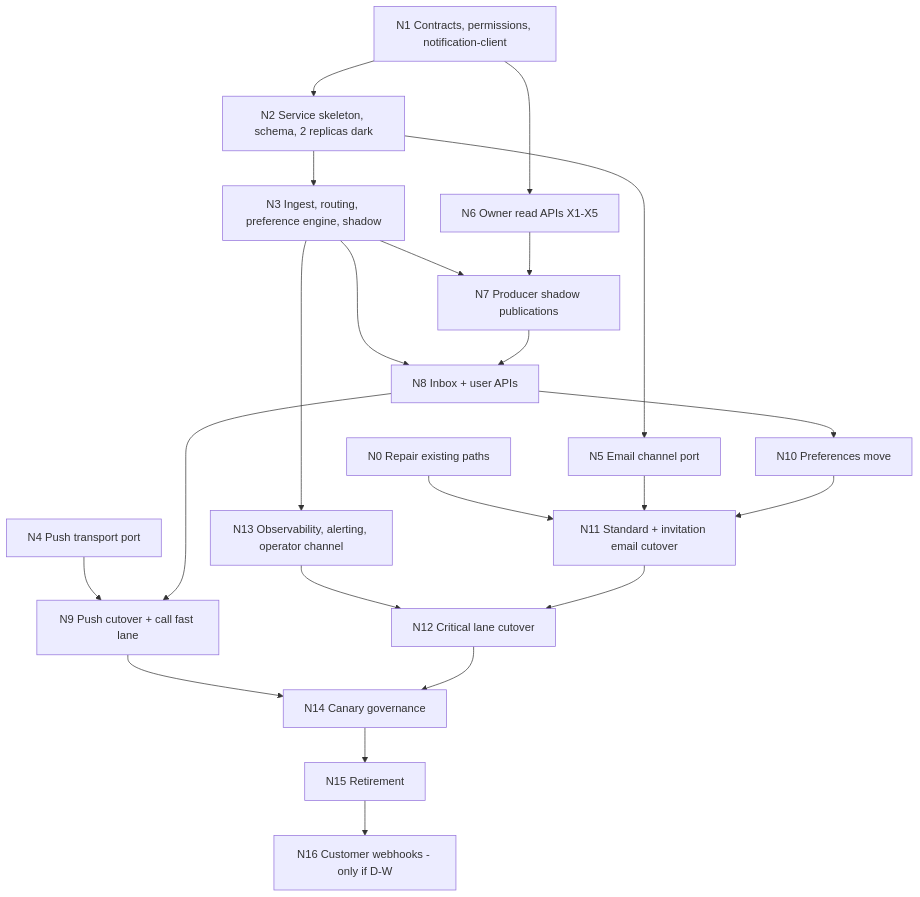
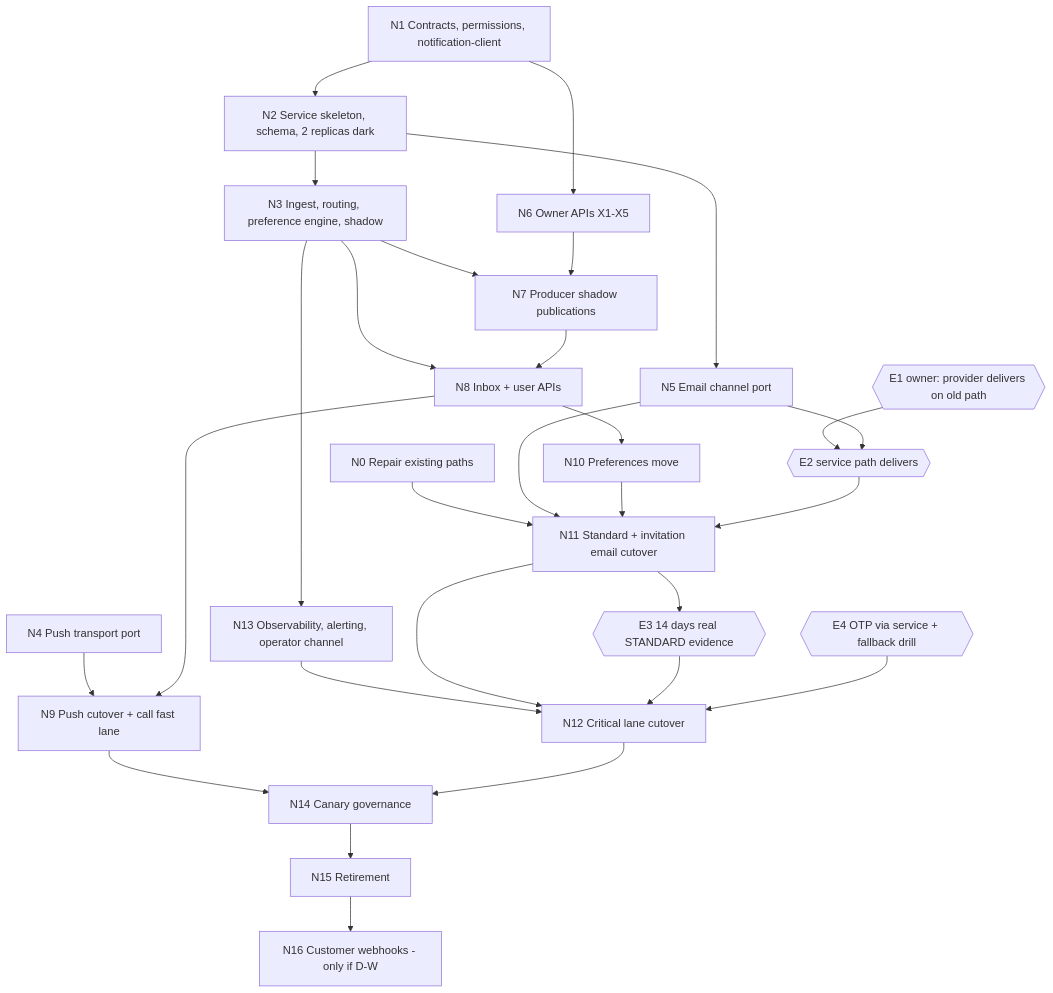
Before and after one commit to CosmicforgeHealthnet/cfmeet: the diagram in docs/audits/notification-service/06-implementation-roadmap.md, drawn with Mermaid. The commit also changed other lines of this file and 8 other files, not shown here.

````diff
--- a/docs/audits/notification-service/06-implementation-roadmap.md
+++ b/docs/audits/notification-service/06-implementation-roadmap.md
@@ -7,41 +12,51 @@
 ```mermaid
 flowchart TD
   N0[N0 Repair existing paths]
   N1[N1 Contracts, permissions, notification-client]
   N2[N2 Service skeleton, schema, 2 replicas dark]
   N3[N3 Ingest, routing, preference engine, shadow]
   N4[N4 Push transport port]
   N5[N5 Email channel port]
-  N6[N6 Owner read APIs X1-X5]
+  N6[N6 Owner APIs X1-X5]
   N7[N7 Producer shadow publications]
   N8[N8 Inbox + user APIs]
   N9[N9 Push cutover + call fast lane]
   N10[N10 Preferences move]
   N11[N11 Standard + invitation email cutover]
   N12[N12 Critical lane cutover]
   N13[N13 Observability, alerting, operator channel]
   N14[N14 Canary governance]
   N15[N15 Retirement]
   N16[N16 Customer webhooks - only if D-W]
+  E1{{E1 owner: provider delivers on old path}}
+  E2{{E2 service path delivers}}
+  E3{{E3 14 days real STANDARD evidence}}
+  E4{{E4 OTP via service + fallback drill}}
 
   N1 --> N2 --> N3
   N1 --> N6
   N3 --> N7
   N6 --> N7
   N3 --> N8
   N7 --> N8
   N4 --> N9
   N8 --> N9
   N8 --> N10
   N0 --> N11
   N5 --> N11
   N10 --> N11
   N13 --> N12
   N11 --> N12
   N3 --> N13
   N9 --> N14
   N12 --> N14
   N14 --> N15
   N15 --> N16
   N2 --> N5
+  E1 --> E2
+  N5 --> E2
+  E2 --> N11
+  N11 --> E3
+  E3 --> N12
+  E4 --> N12
 ```
````
